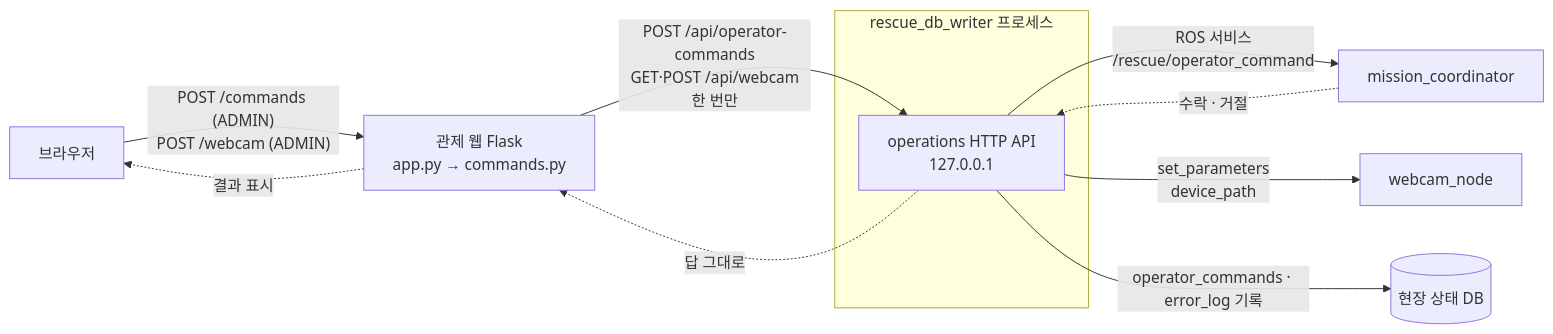
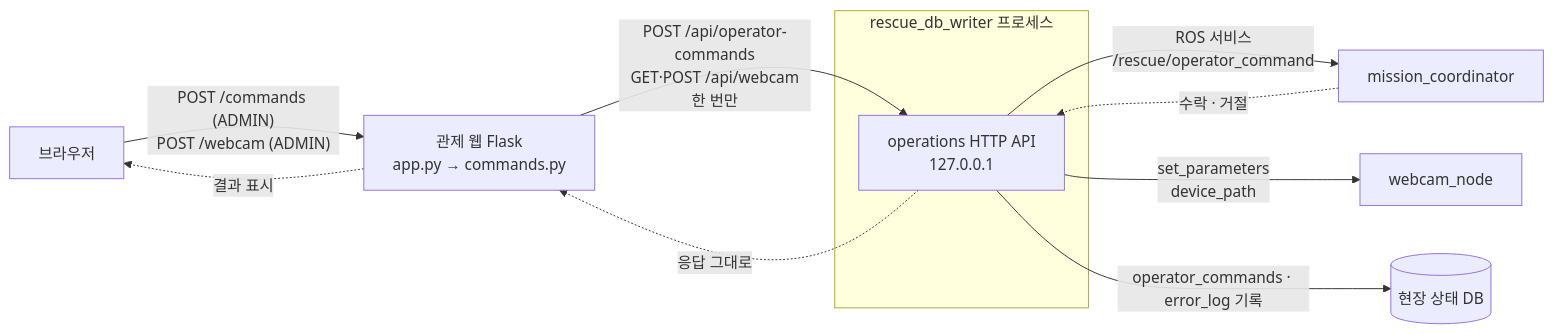
The second of 3 diagrams in docs/design/console-architecture.md (mi1nn/ROKEY-7-public), drawn with Mermaid before and after one commit. The commit also changed other lines of this file, not shown here.

````diff
--- a/docs/design/console-architecture.md
+++ b/docs/design/console-architecture.md
@@ -78,19 +78,19 @@
 ```mermaid
 flowchart LR
   B["브라우저"]
   F["관제 웹 Flask<br/>app.py → commands.py"]
   subgraph DBW["rescue_db_writer 프로세스"]
     API["operations HTTP API<br/>127.0.0.1"]
   end
   C1["mission_coordinator"]
   P1["webcam_node"]
   DB[("현장 상태 DB")]
   B -- "POST /commands (ADMIN)<br/>POST /webcam (ADMIN)" --> F
   F -- "POST /api/operator-commands<br/>GET·POST /api/webcam<br/>한 번만" --> API
   API -- "ROS 서비스<br/>/rescue/operator_command" --> C1
   API -- "set_parameters<br/>device_path" --> P1
   C1 -. "수락 · 거절" .-> API
-  API -. "답 그대로" .-> F
+  API -. "응답 그대로" .-> F
   F -. "결과 표시" .-> B
   API -- "operator_commands · error_log 기록" --> DB
 ```
````
